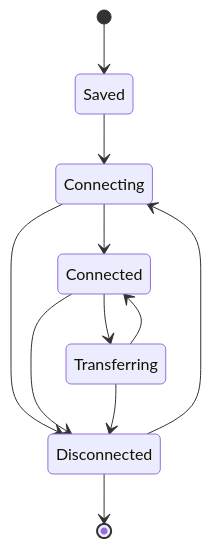
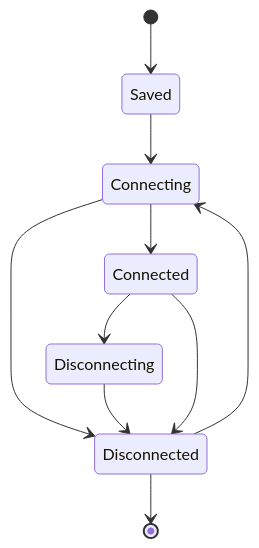
Before and after one commit to hamburger-os/TauTerm: the diagram in docs/modules/CORE.md, drawn with Mermaid. The commit also changed other lines of this file and 139 other files, not shown here.

````diff
--- a/docs/modules/CORE.md
+++ b/docs/modules/CORE.md
@@ -29,13 +29,12 @@
 ```mermaid
 stateDiagram-v2
   [*] --> Saved
   Saved --> Connecting
   Connecting --> Connected
   Connecting --> Disconnected
-  Connected --> Transferring
-  Transferring --> Connected
+  Connected --> Disconnecting
+  Disconnecting --> Disconnected
   Connected --> Disconnected
-  Transferring --> Disconnected
   Disconnected --> Connecting
   Disconnected --> [*]
 ```
````
